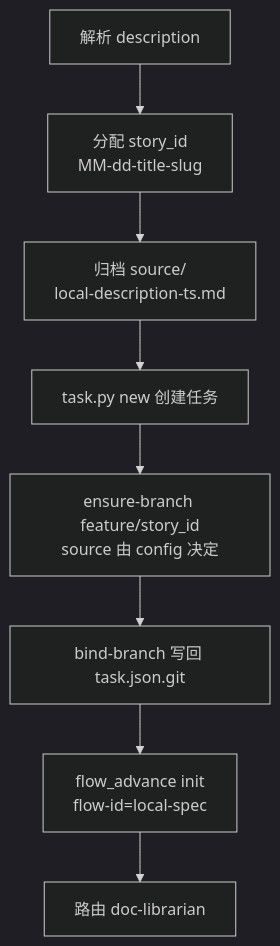
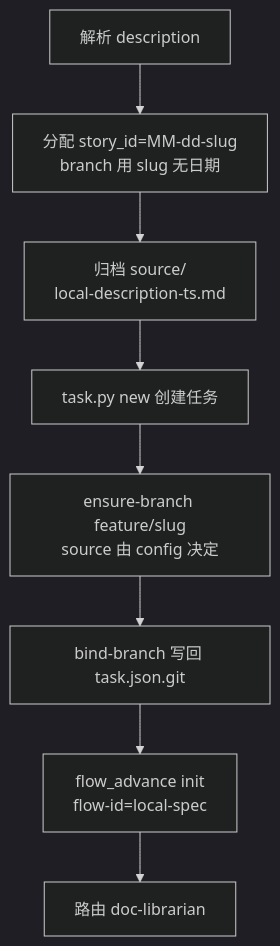
The diagram in .claude/commands/story-start.md (dd-xiaozhi/dev-agent-flow), drawn with Mermaid (dark theme) before and after one commit. The commit also changed other lines of this file and 44 other files, not shown here.

````diff
--- a/.claude/commands/story-start.md
+++ b/.claude/commands/story-start.md
@@ -27,10 +27,10 @@
 ```mermaid
 flowchart TD
-    A[解析 description] --> B[分配 story_id<br/>MM-dd-title-slug]
+    A[解析 description] --> B[分配 story_id=MM-dd-slug<br/>branch 用 slug 无日期]
     B --> C[归档 source/<br/>local-description-ts.md]
     C --> D[task.py new 创建任务]
-    D --> E[ensure-branch feature/story_id<br/>source 由 config 决定]
+    D --> E[ensure-branch feature/slug<br/>source 由 config 决定]
     E --> F[bind-branch 写回 task.json.git]
     F --> G[flow_advance init<br/>flow-id=local-spec]
     G --> H[路由 doc-librarian]
 ```
````
